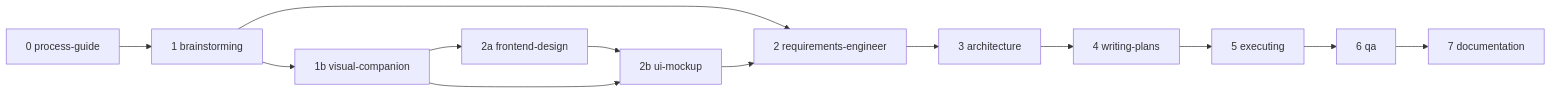
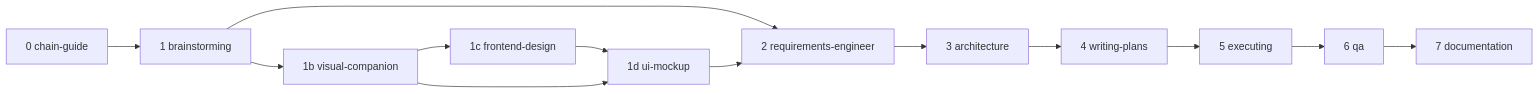
The diagram in docs/skill-chain.md (silviobeer/agentic-development-skill-chain), drawn with Mermaid before and after one commit. The commit also changed other lines of this file and 33 other files, not shown here.

````diff
--- a/docs/skill-chain.md
+++ b/docs/skill-chain.md
@@ -5,15 +5,15 @@
 ```mermaid
 flowchart LR
-  S0[0 process-guide] --> S1[1 brainstorming]
+  S0[0 chain-guide] --> S1[1 brainstorming]
   S1 --> S1B[1b visual-companion]
   S1 --> S2[2 requirements-engineer]
-  S1B --> S2A[2a frontend-design]
-  S2A --> S2B[2b ui-mockup]
-  S1B --> S2B
-  S2B --> S2
+  S1B --> S1C[1c frontend-design]
+  S1C --> S1D[1d ui-mockup]
+  S1B --> S1D
+  S1D --> S2
   S2 --> S3[3 architecture]
   S3 --> S4[4 writing-plans]
   S4 --> S5[5 executing]
   S5 --> S6[6 qa]
   S6 --> S7[7 documentation]
 ```
````
